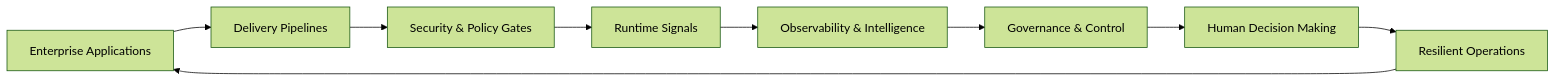
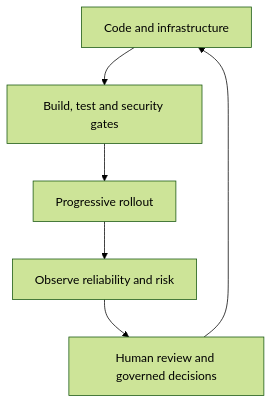
The diagram in README.md (Raghuramreddy-t/Raghuramreddy-t), drawn with Mermaid (forest theme) before and after one commit. The commit also changed other lines of this file and 1 other file, not shown here.

````diff
--- a/README.md
+++ b/README.md
@@ -44,11 +67,8 @@
 ```mermaid
-flowchart LR
-    A[Enterprise Applications] --> B[Delivery Pipelines]
-    B --> C[Security & Policy Gates]
-    C --> D[Runtime Signals]
-    D --> E[Observability & Intelligence]
-    E --> F[Governance & Control]
-    F --> G[Human Decision Making]
-    G --> H[Resilient Operations]
-    H --> A
+flowchart TD
+    A[Code and infrastructure] --> B[Build, test and security gates]
+    B --> C[Progressive rollout]
+    C --> D[Observe reliability and risk]
+    D --> E[Human review and governed decisions]
+    E --> A
 ```
````
